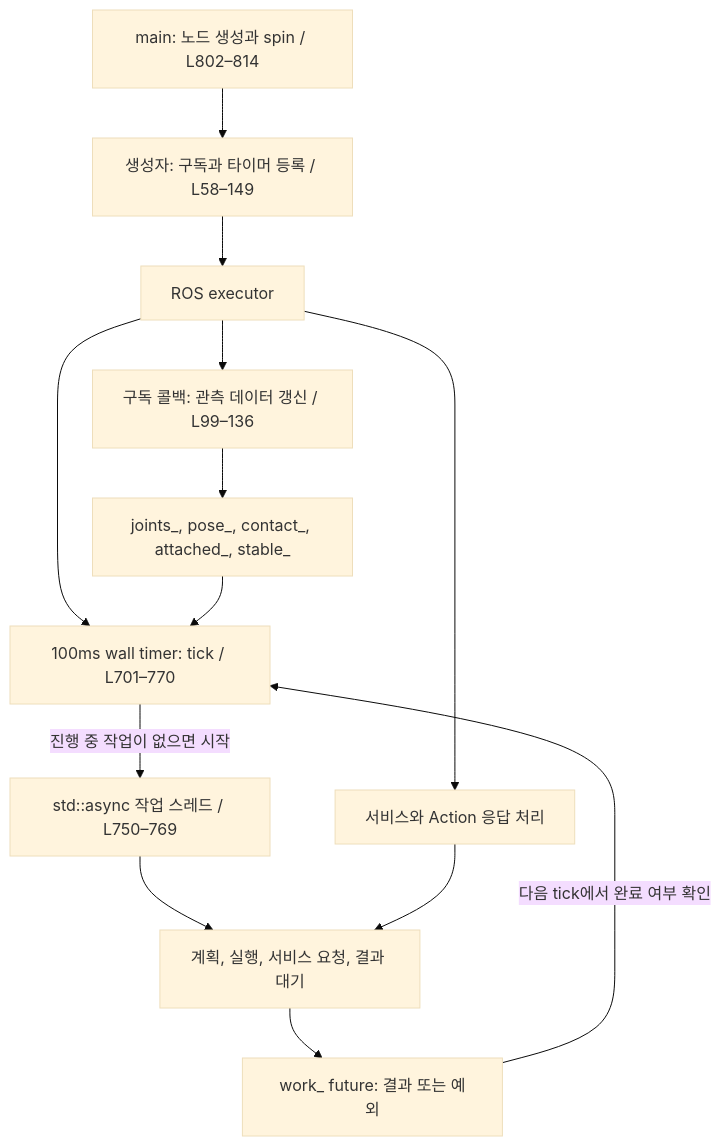
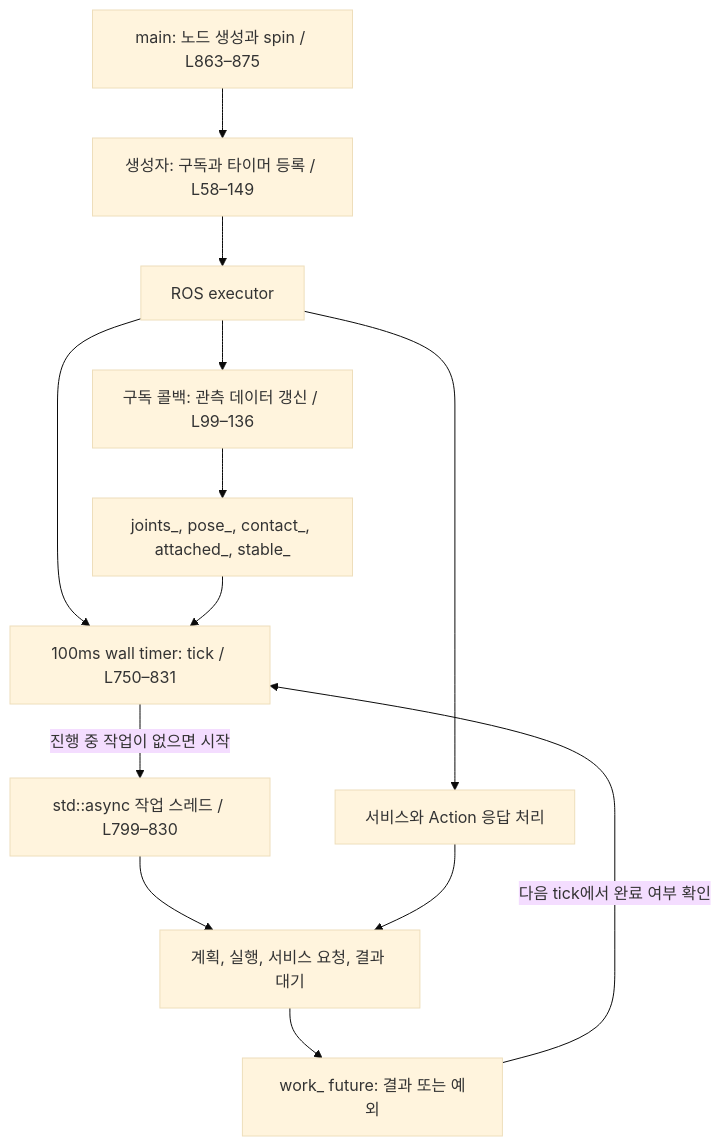
The first of 4 diagrams in docs/pick_and_place_test_cpp해설.md (dongseoki/my_arm_with_ball), drawn with Mermaid (base theme) before and after one commit. The commit also changed other lines of this file, not shown here.

````diff
--- a/docs/pick_and_place_test_cpp해설.md
+++ b/docs/pick_and_place_test_cpp해설.md
@@ -22,15 +22,15 @@
 ```mermaid
 flowchart TD
-    MAIN["main: 노드 생성과 spin / L802–814"] --> INIT["생성자: 구독과 타이머 등록 / L58–149"]
+    MAIN["main: 노드 생성과 spin / L863–875"] --> INIT["생성자: 구독과 타이머 등록 / L58–149"]
     INIT --> EXEC["ROS executor"]
     EXEC --> SUB["구독 콜백: 관측 데이터 갱신 / L99–136"]
-    EXEC --> TICK["100ms wall timer: tick / L701–770"]
+    EXEC --> TICK["100ms wall timer: tick / L750–831"]
     EXEC --> RESP["서비스와 Action 응답 처리"]
     SUB --> DATA["joints_, pose_, contact_, attached_, stable_"]
     DATA --> TICK
-    TICK -->|"진행 중 작업이 없으면 시작"| ASYNC["std::async 작업 스레드 / L750–769"]
+    TICK -->|"진행 중 작업이 없으면 시작"| ASYNC["std::async 작업 스레드 / L799–830"]
     ASYNC --> WORK["계획, 실행, 서비스 요청, 결과 대기"]
     RESP --> WORK
     WORK --> FUTURE["work_ future: 결과 또는 예외"]
     FUTURE -->|"다음 tick에서 완료 여부 확인"| TICK
 ```
````
